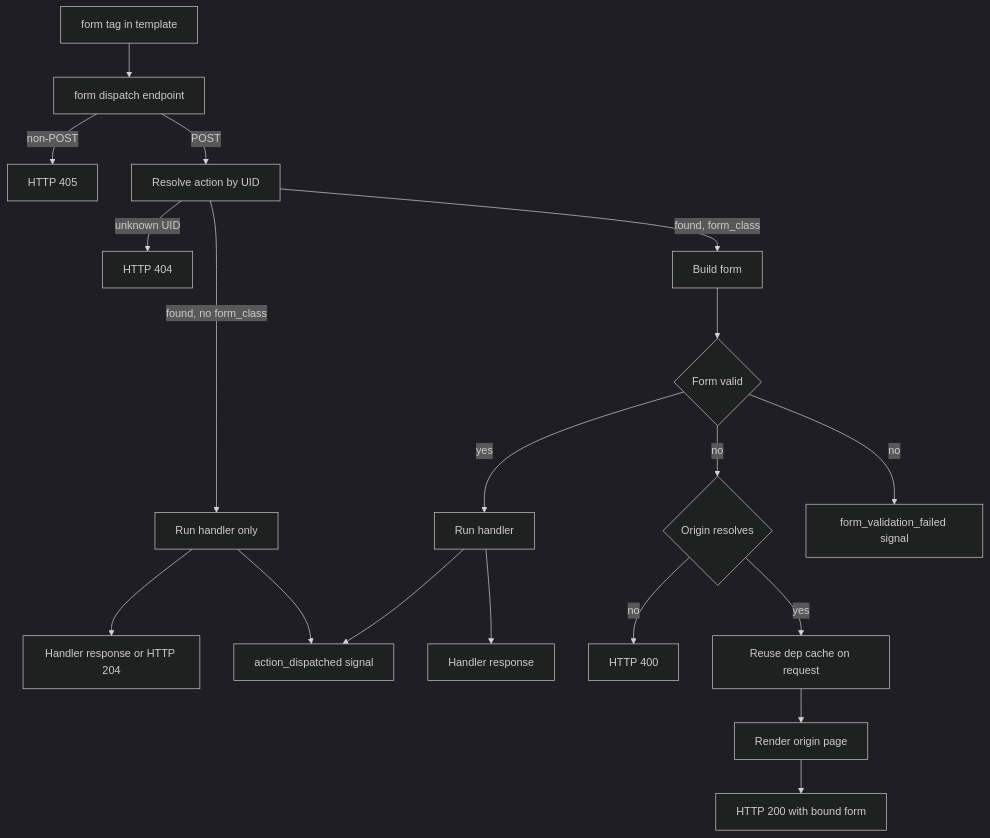
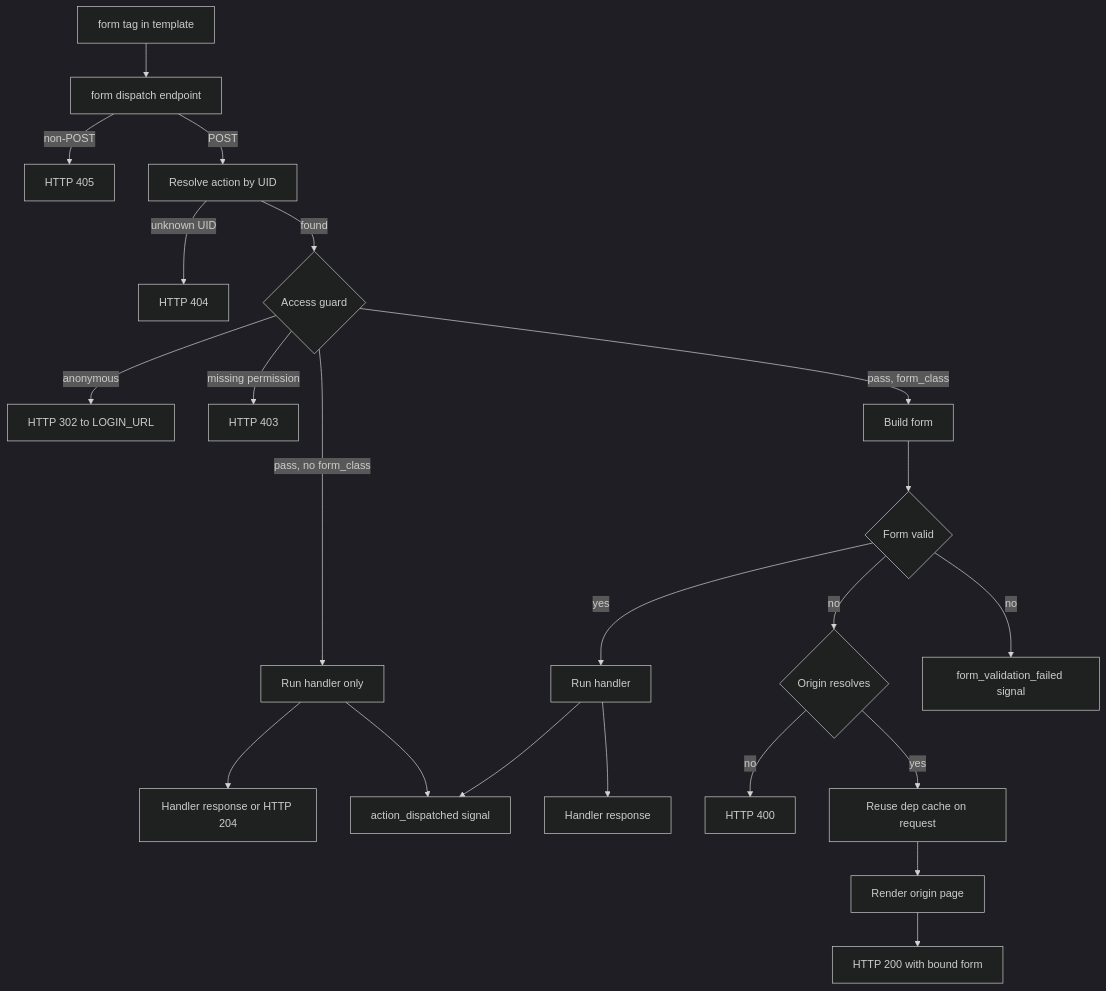
One commit to next-dj/next-dj changed the diagram in docs/content/internals/action-dispatch.rst. Above: the diagram before and after it, drawn with Mermaid (dark theme). The commit also changed other lines of this file and 20 other files, not shown here.

```diff
--- a/docs/content/internals/action-dispatch.rst
+++ b/docs/content/internals/action-dispatch.rst
@@ -23,21 +23,24 @@
 .. mermaid::
 
    flowchart TB
        Template["form tag in template"] --> Endpoint["form dispatch endpoint"]
        Endpoint -- "non-POST" --> NotAllowed["HTTP 405"]
        Endpoint -- POST --> Lookup["Resolve action by UID"]
        Lookup -- unknown UID --> NotFound["HTTP 404"]
-       Lookup -- "found, no form_class" --> HandlerOnly["Run handler only"]
-       Lookup -- "found, form_class" --> Build["Build form"]
+       Lookup -- found --> Guard{"Access guard"}
+       Guard -- anonymous --> LoginRedirect["HTTP 302 to LOGIN_URL"]
+       Guard -- "missing permission" --> Forbidden["HTTP 403"]
+       Guard -- "pass, no form_class" --> HandlerOnly["Run handler only"]
+       Guard -- "pass, form_class" --> Build["Build form"]
        HandlerOnly --> HandlerOnlyResponse["Handler response or HTTP 204"]
        HandlerOnly --> ActionDispatched["action_dispatched signal"]
        Build --> Validate{"Form valid"}
        Validate -- yes --> Handler["Run handler"]
        Handler --> Response["Handler response"]
        Handler --> ActionDispatched
        Validate -- no --> Origin{"Origin resolves"}
        Origin -- no --> BadRequest["HTTP 400"]
        Origin -- yes --> ShareCache["Reuse dep cache on request"]
        ShareCache --> RenderOrigin["Render origin page"]
        RenderOrigin --> RerenderHTML["HTTP 200 with bound form"]
        Validate -- no --> FormFailed["form_validation_failed signal"]
```
